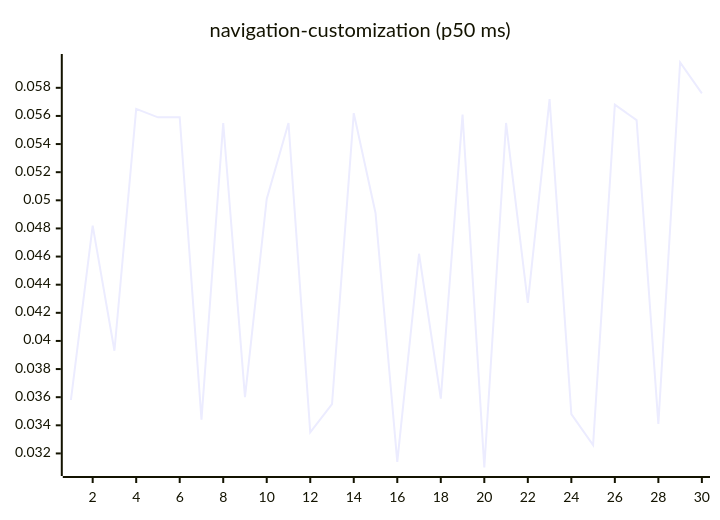
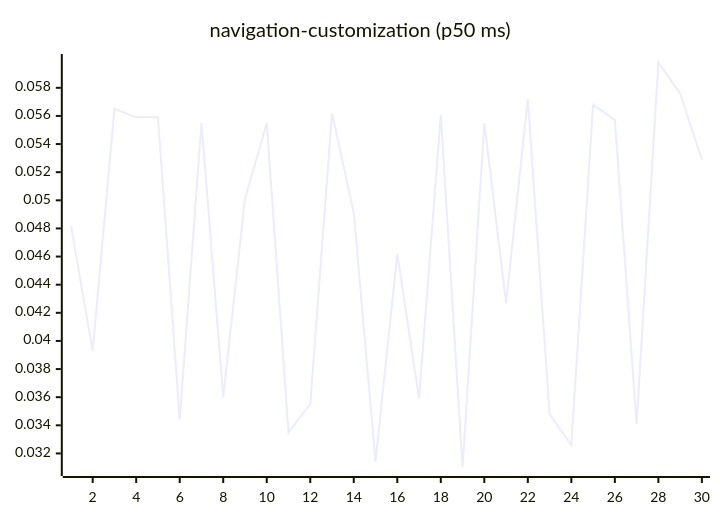
Before and after one commit to josha/Facet: diagram 15 of 27 in README.md, drawn with Mermaid. The commit also changed other lines of this file and 2 other files, not shown here.

````diff
--- a/README.md
+++ b/README.md
@@ -161,6 +161,6 @@
 ```mermaid
 xychart-beta
     title "navigation-customization (p50 ms)"
     x-axis 1 --> 30
-    line [0.0358, 0.0482, 0.0393, 0.0565, 0.0559, 0.0559, 0.0344, 0.0555, 0.0360, 0.0501, 0.0555, 0.0335, 0.0355, 0.0562, 0.0491, 0.0314, 0.0462, 0.0359, 0.0561, 0.0310, 0.0555, 0.0427, 0.0572, 0.0348, 0.0326, 0.0568, 0.0557, 0.0341, 0.0598, 0.0576]
+    line [0.0482, 0.0393, 0.0565, 0.0559, 0.0559, 0.0344, 0.0555, 0.0360, 0.0501, 0.0555, 0.0335, 0.0355, 0.0562, 0.0491, 0.0314, 0.0462, 0.0359, 0.0561, 0.0310, 0.0555, 0.0427, 0.0572, 0.0348, 0.0326, 0.0568, 0.0557, 0.0341, 0.0598, 0.0576, 0.0529]
 ```
````
